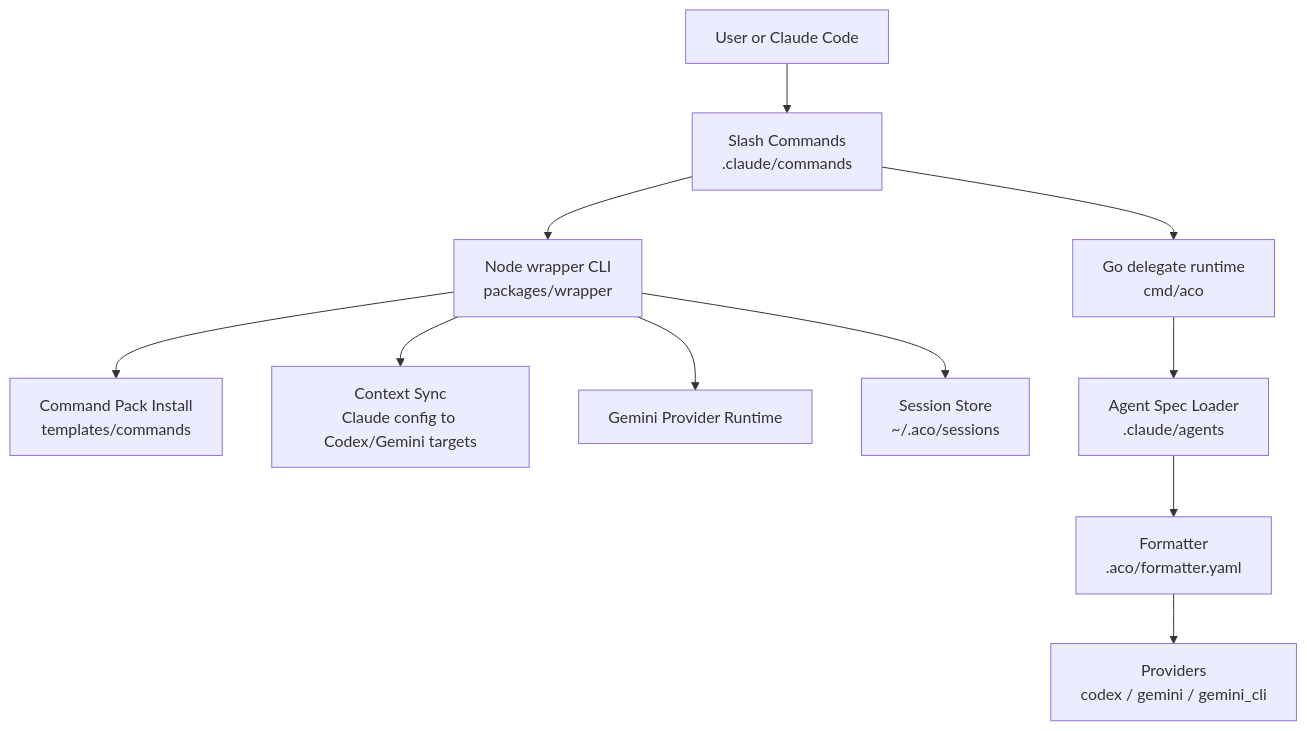
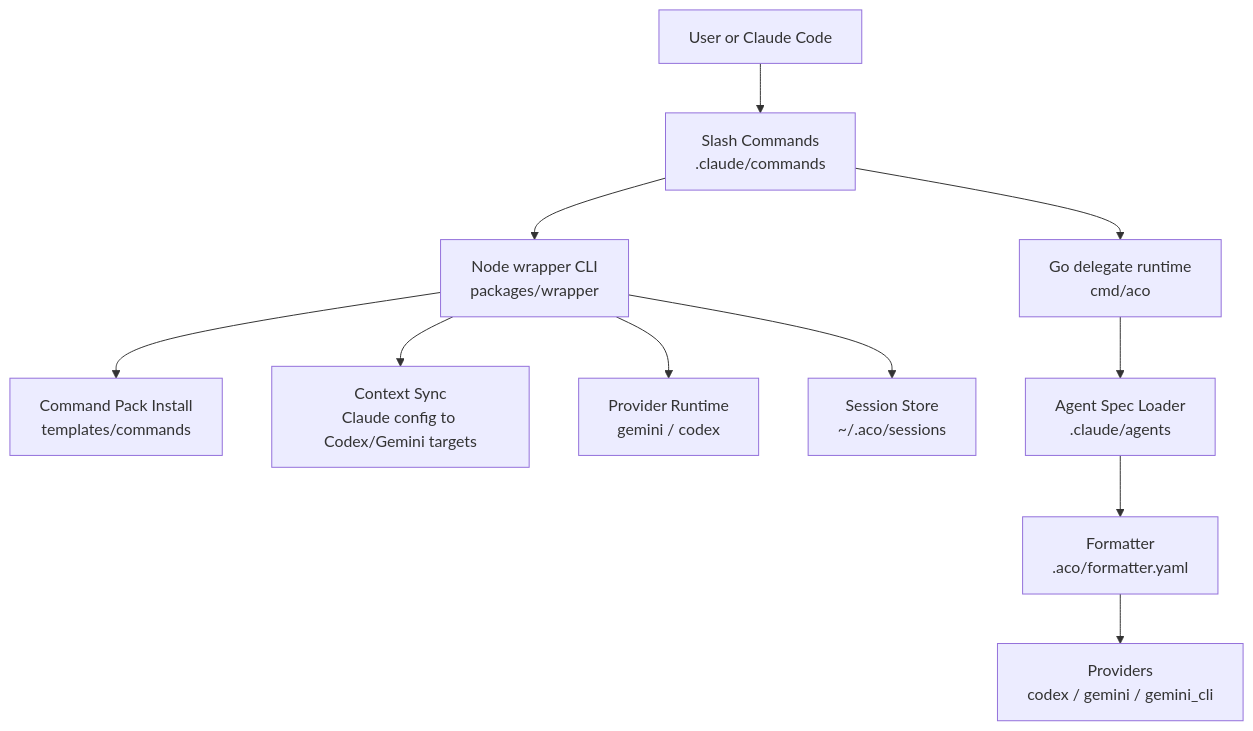
One commit to pureliture/ai-cli-orch-wrapper changed the first of 4 diagrams in docs/architecture.md. Above: the diagram before and after it, drawn with Mermaid. The commit also changed other lines of this file, not shown here.

Commit message:
docs(architecture): align provider support wording

````diff
--- a/docs/architecture.md
+++ b/docs/architecture.md
@@ -13,15 +15,15 @@
 ```mermaid
 flowchart TB
     user[User or Claude Code] --> commands[Slash Commands<br/>.claude/commands]
     commands --> node[Node wrapper CLI<br/>packages/wrapper]
     commands --> go[Go delegate runtime<br/>cmd/aco]
 
     node --> pack[Command Pack Install<br/>templates/commands]
     node --> sync[Context Sync<br/>Claude config to Codex/Gemini targets]
-    node --> nodeProvider[Gemini Provider Runtime]
+    node --> nodeProvider[Provider Runtime<br/>gemini / codex]
     node --> sessions[Session Store<br/>~/.aco/sessions]
 
     go --> delegate[Agent Spec Loader<br/>.claude/agents]
     delegate --> formatter[Formatter<br/>.aco/formatter.yaml]
     formatter --> goProviders[Providers<br/>codex / gemini / gemini_cli]
 ```
````
